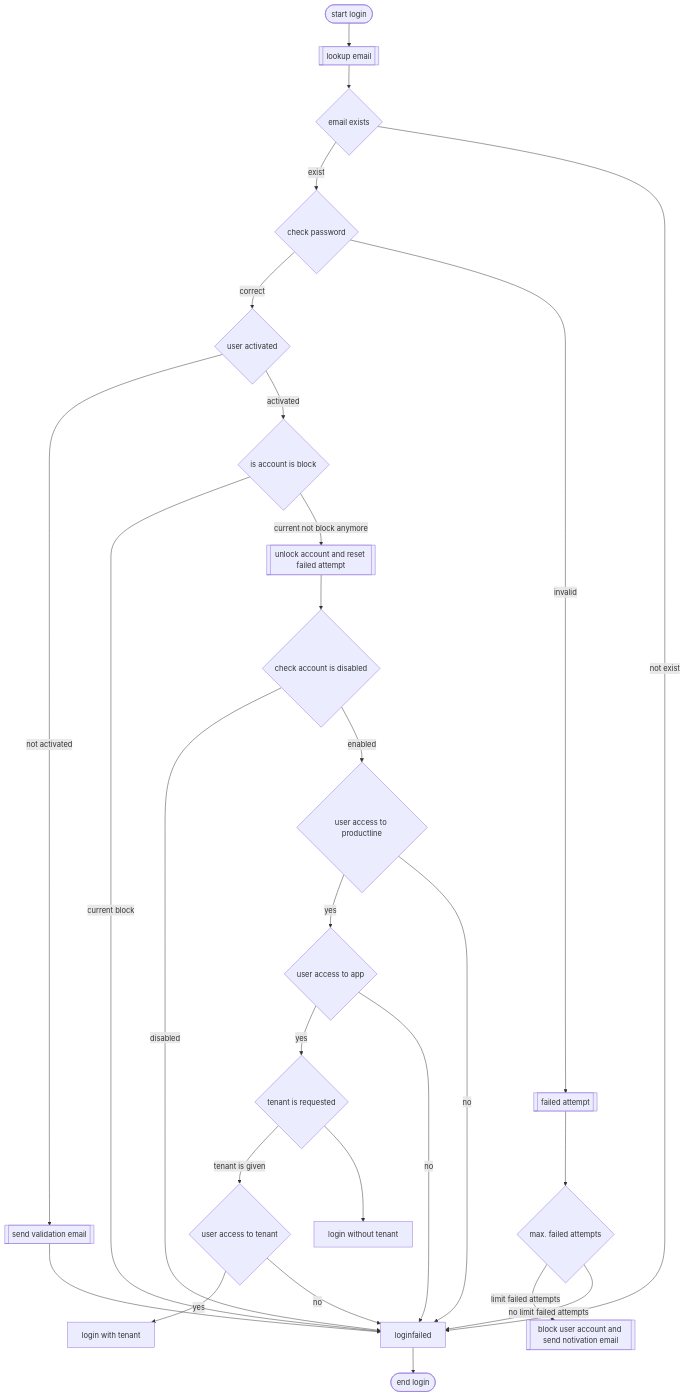
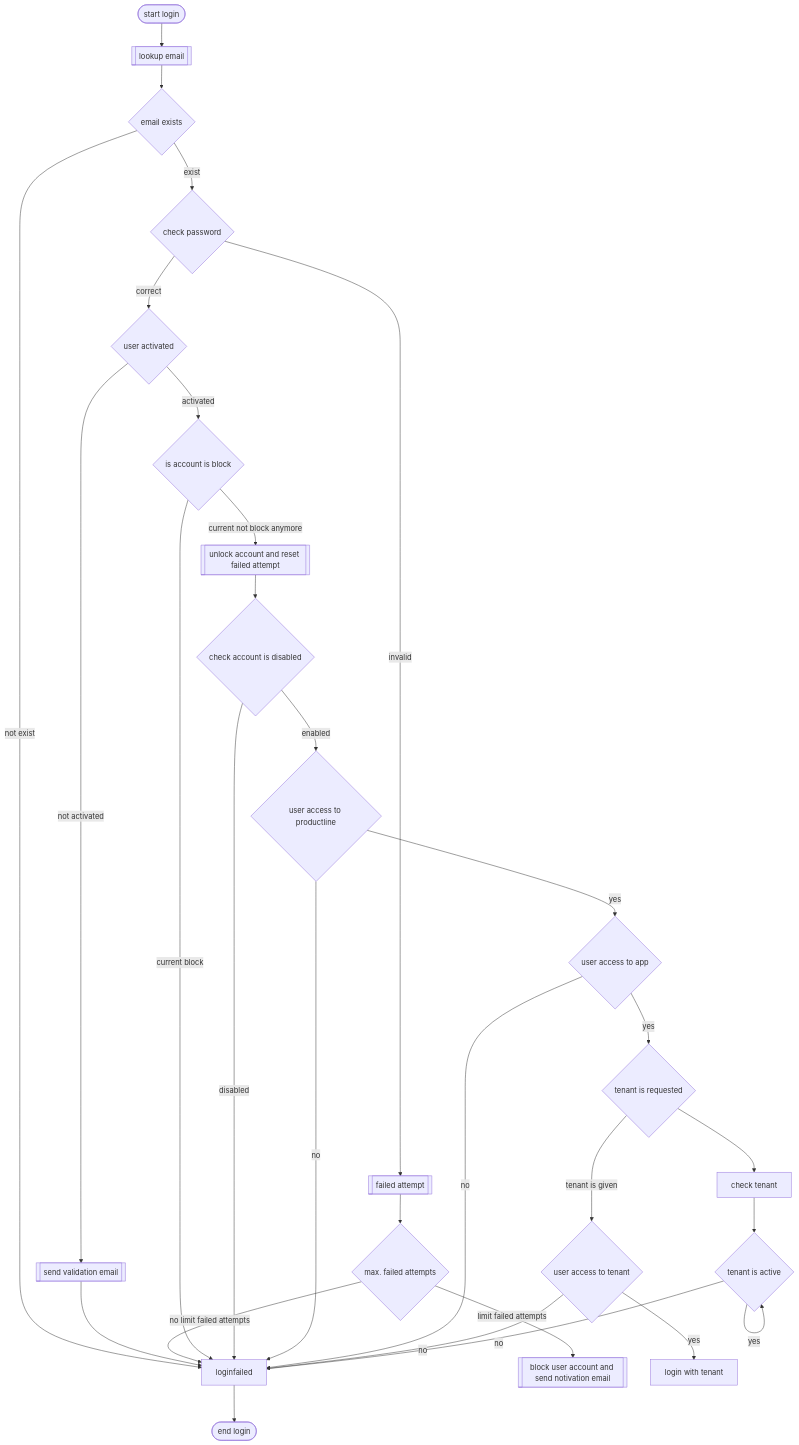
Before and after one commit to compadsoftware/CompadOne-Docs: the diagram in en/development/authentication/login.md, drawn with Mermaid.

````diff
--- a/en/development/authentication/login.md
+++ b/en/development/authentication/login.md
@@ -19,49 +19,53 @@
 ```mermaid
 flowchart TD
     start([start login])
     lookupemail[[lookup email]]
     start --> lookupemail
     checkemailexist{email exists}
     lookupemail --> checkemailexist
     checkemailexist --> |exist|checkpassword
     checkemailexist --> |not exist|loginfailed
     checkpassword{"`check password`"}
     checkpassword --> |correct|checkactivated
     checkpassword --> |invalid|failedattempt
     checkactivated{"`user activated`"}
     checkactivated --> |not activated|sendvalidationemail
     checkactivated --> |activated|checkblocked
     sendvalidationemail[[send validation email]]
     sendvalidationemail --> loginfailed
     failedattempt[[failed attempt]]
     failedattempt --> failedattemptcountermax
     failedattemptcountermax{max. failed attempts}
     failedattemptcountermax --> |limit failed attempts|blockaccount
     failedattemptcountermax --> |no limit failed attempts|loginfailed
     checkblocked{is account is block}
     checkblocked --> |current block|loginfailed
     checkblocked --> |current not block anymore|resetfailedattempt
     resetfailedattempt[[unlock account and reset failed attempt]]
     resetfailedattempt --> checkdisabled
     checkdisabled{check account is disabled}
     blockaccount[[block user account and send notivation email]]
     checkdisabled --> |disabled|loginfailed
     checkdisabled --> |enabled|checkproductline
     checkproductline{user access to productline}
     checkproductline --> |yes|checkappright
     checkproductline --> |no|loginfailed
     checkappright{user access to app}
     checkappright --> |yes|checktenant
     checkappright --> |no|loginfailed
     checktenant{tenant is requested}
     checktenant --> |tenant is given|checktenantaccess
-    checktenant --> loginwithouttenant
+    checktenant --> lookuptenant
     checktenantaccess{user access to tenant}
     checktenantaccess --> |yes|login
     checktenantaccess --> |no|loginfailed
-    loginwithouttenant[login without tenant]
+    lookuptenant[check tenant]
+    lookuptenant --> checktenantactive
+    checktenantactive{tenant is active}
+    checktenantactive --> |yes|checktenantactive
+    checktenantactive --> |no|loginfailed
     login[login with tenant]
     loginfailed --> endlogin
     endlogin([end login])
 
 ```
````
